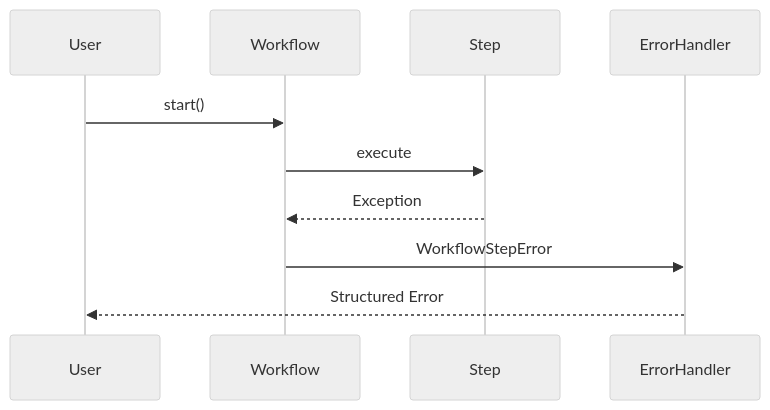
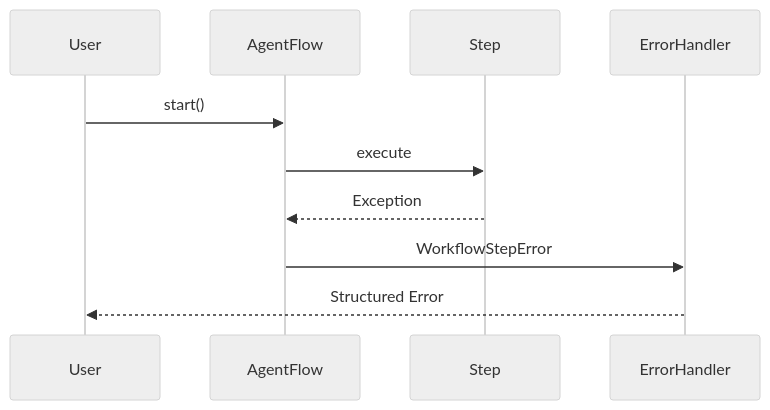
Before and after one commit to MervinPraison/PraisonAIDocs: the second of 3 diagrams in docs/features/workflow-errors.mdx, drawn with Mermaid (neutral theme). The commit also changed other lines of this file and 3 other files, not shown here.

First line of the commit message:
docs: align Workflow → AgentFlow naming across docs and examples (fixes #600)

````diff
--- a/docs/features/workflow-errors.mdx
+++ b/docs/features/workflow-errors.mdx
@@ -74,13 +74,13 @@
 ```mermaid
 sequenceDiagram
     participant User
-    participant Workflow
+    participant AgentFlow
     participant Step
     participant ErrorHandler
     
-    User->>Workflow: start()
-    Workflow->>Step: execute
-    Step-->>Workflow: Exception
-    Workflow->>ErrorHandler: WorkflowStepError
+    User->>AgentFlow: start()
+    AgentFlow->>Step: execute
+    Step-->>AgentFlow: Exception
+    AgentFlow->>ErrorHandler: WorkflowStepError
     ErrorHandler-->>User: Structured Error
 ```
````
